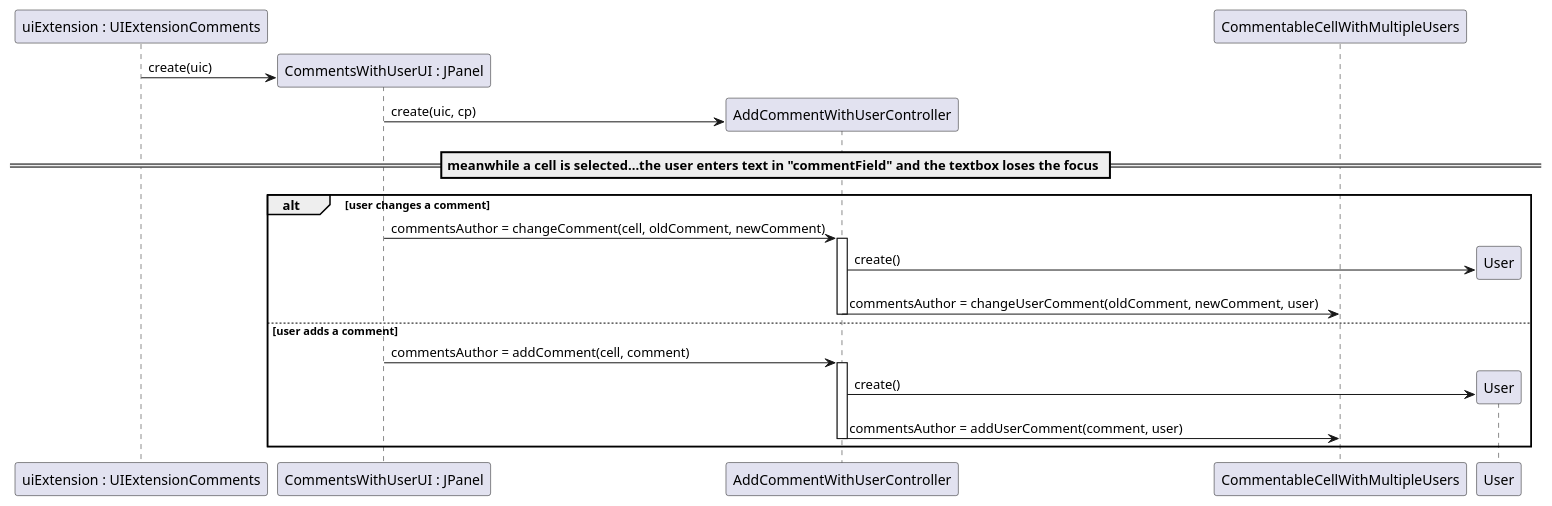
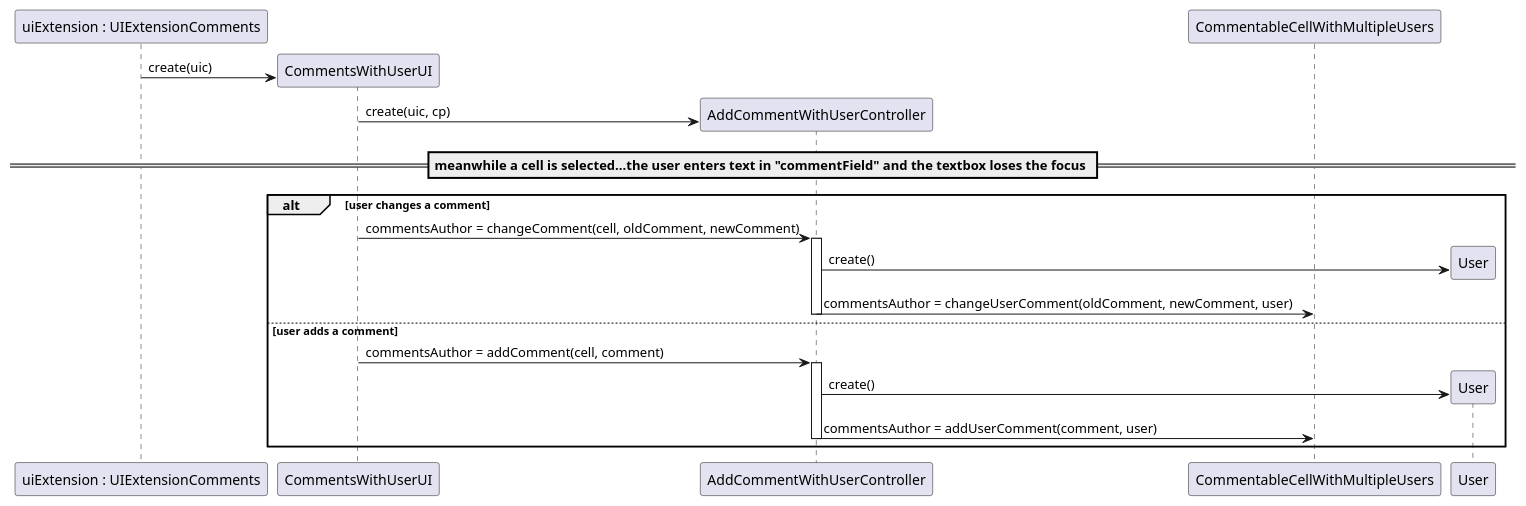
Before and after one commit to MikeTekOn/lapr4-2017-2dd: the diagram in src/main/java/lapr4/red/s1/core/n1150690/comments/core02_02_design2.puml, drawn with PlantUML. The commit also changed 7 other files, not shown here.

Commit message:
LAPR4E17DD-136 #time 3h #comment Corrections in several classes: CommentableCellWithMulipleUsers, CellRenderer, CellDecorator, AddCommentsWithUserController, CommentsWithUserUI, CommentedCellDecorator

```diff
--- a/src/main/java/lapr4/red/s1/core/n1150690/comments/core02_02_design2.puml
+++ b/src/main/java/lapr4/red/s1/core/n1150690/comments/core02_02_design2.puml
@@ -1,33 +1,33 @@
 @startuml core02_01_design3.png
     participant "uiExtension : UIExtensionComments" as UIExt
-    participant "CommentsWithUserUI : JPanel" as cp
+    participant "CommentsWithUserUI" as cp
     participant "AddCommentWithUserController" as ctrl
     participant "CommentableCellWithMultipleUsers" as cell
     participant "User" as u
     
     create cp
     UIExt -> cp :  create(uic) 
 
     create ctrl
     cp -> ctrl : create(uic, cp)
 
 
     == meanwhile a cell is selected...the user enters text in "commentField" and the textbox loses the focus ==
 
     alt user changes a comment
         cp -> ctrl : commentsAuthor = changeComment(cell, oldComment, newComment)
 
         activate ctrl
         create u
         ctrl -> u : create()
         ctrl -> cell : commentsAuthor = changeUserComment(oldComment, newComment, user)
         deactivate ctrl
     else user adds a comment
         cp -> ctrl : commentsAuthor = addComment(cell, comment)
         activate ctrl
         create u
         ctrl -> u : create()
         ctrl -> cell : commentsAuthor = addUserComment(comment, user)
         deactivate ctrl
     end
 @enduml
```
